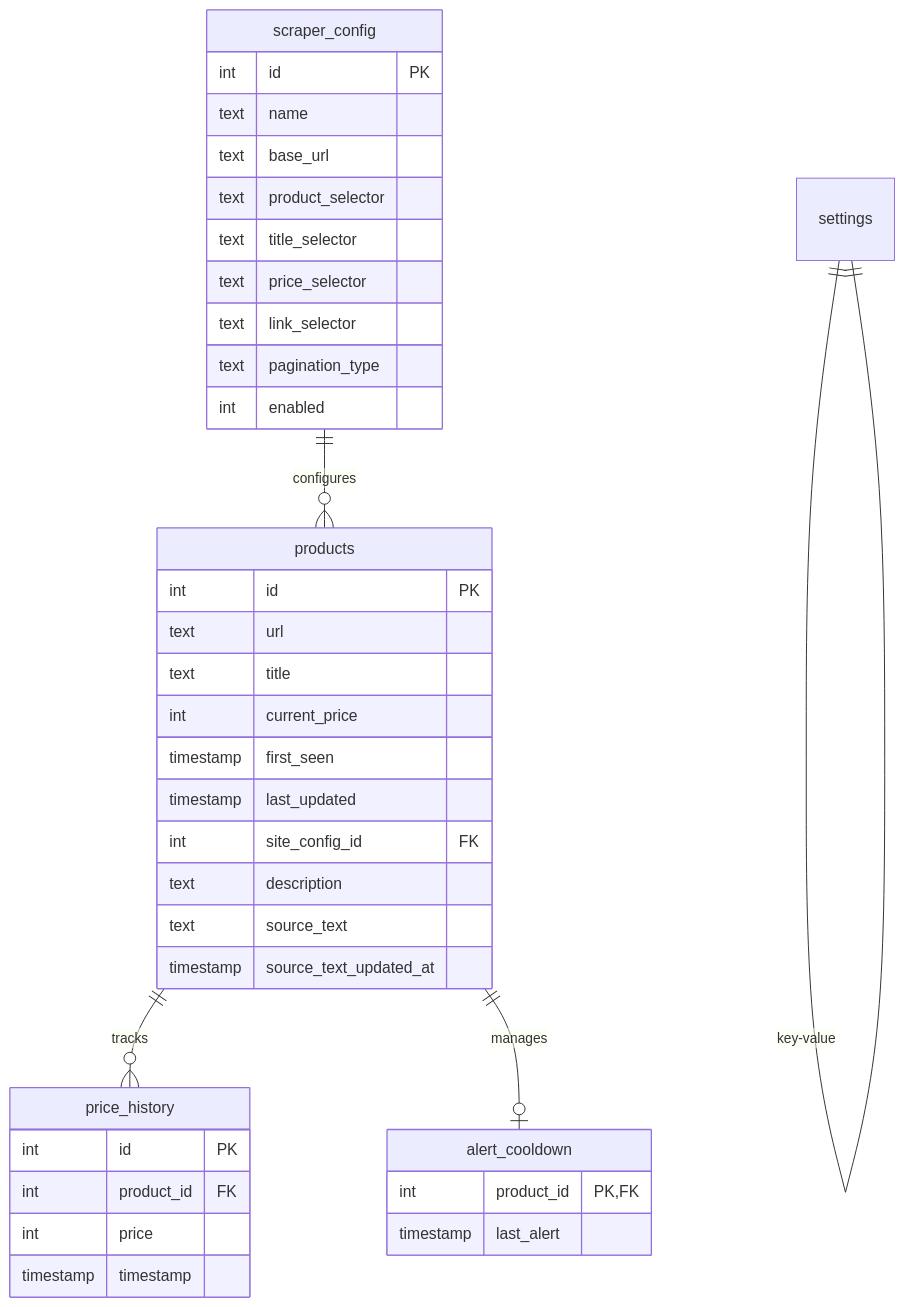
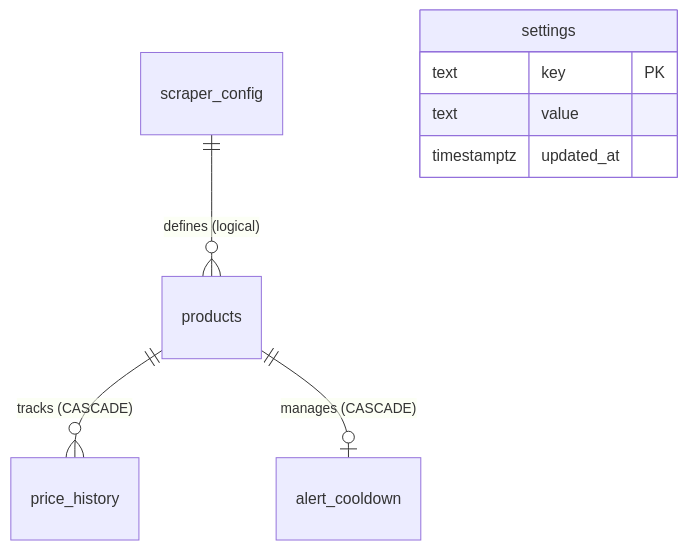
One commit to Avkroken/Produkter changed the first of 3 diagrams in .cubic/wiki/04-section-data/01-data-schema.md. Above: the diagram before and after it, drawn with Mermaid. The commit also changed other lines of this file and 46 other files, not shown here.

````diff
--- a/.cubic/wiki/04-section-data/01-data-schema.md
+++ b/.cubic/wiki/04-section-data/01-data-schema.md
@@ -33,44 +30,11 @@
 ```mermaid
 erDiagram
-    scraper_config ||--o{ products : "configures"
-    products ||--o{ price_history : "tracks"
-    products ||--o| alert_cooldown : "manages"
-    settings ||--|| settings : "key-value"
-
-    products {
-        int id PK
-        text url
-        text title
-        int current_price
-        timestamp first_seen
-        timestamp last_updated
-        int site_config_id FK
-        text description
-        text source_text
-        timestamp source_text_updated_at
-    }
-
-    scraper_config {
-        int id PK
-        text name
-        text base_url
-        text product_selector
-        text title_selector
-        text price_selector
-        text link_selector
-        text pagination_type
-        int enabled
-    }
-
-    price_history {
-        int id PK
-        int product_id FK
-        int price
-        timestamp timestamp
-    }
-
-    alert_cooldown {
-        int product_id PK, FK
-        timestamp last_alert
+    scraper_config ||--o{ products : "defines (logical)"
+    products ||--o{ price_history : "tracks (CASCADE)"
+    products ||--o| alert_cooldown : "manages (CASCADE)"
+    settings {
+        text key PK
+        text value
+        timestamptz updated_at
     }
 ```
````
